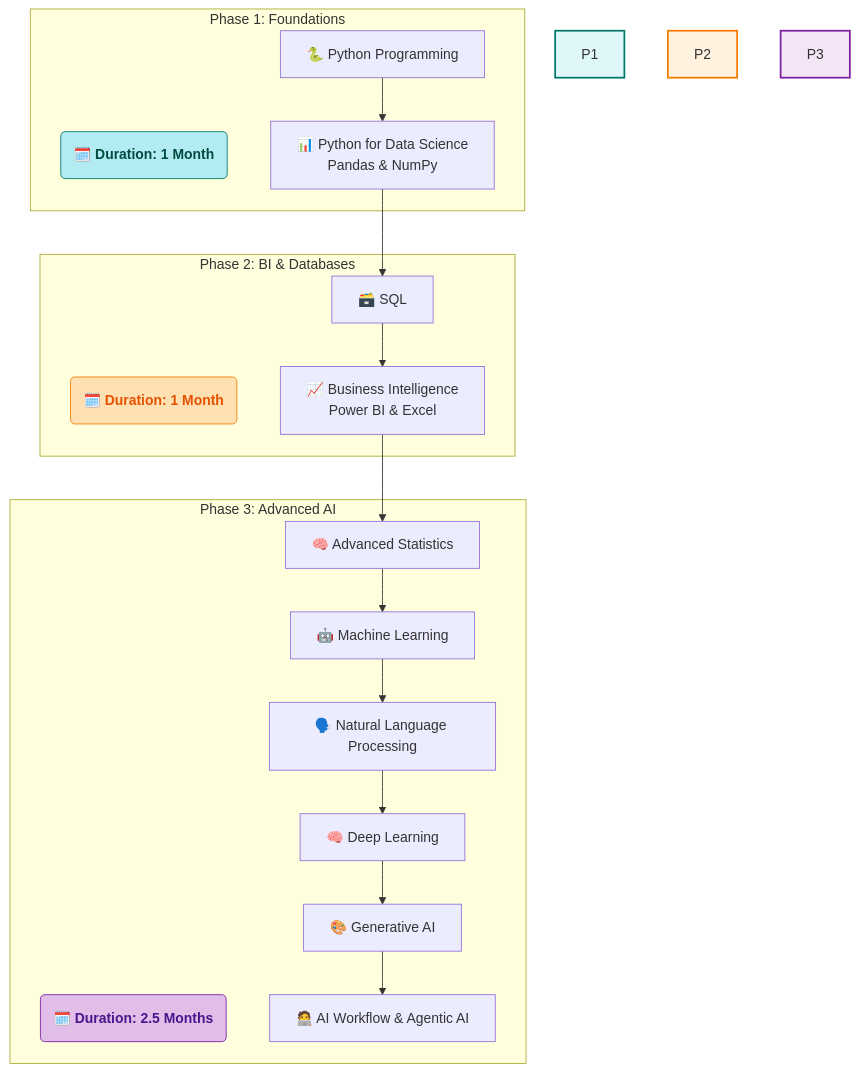
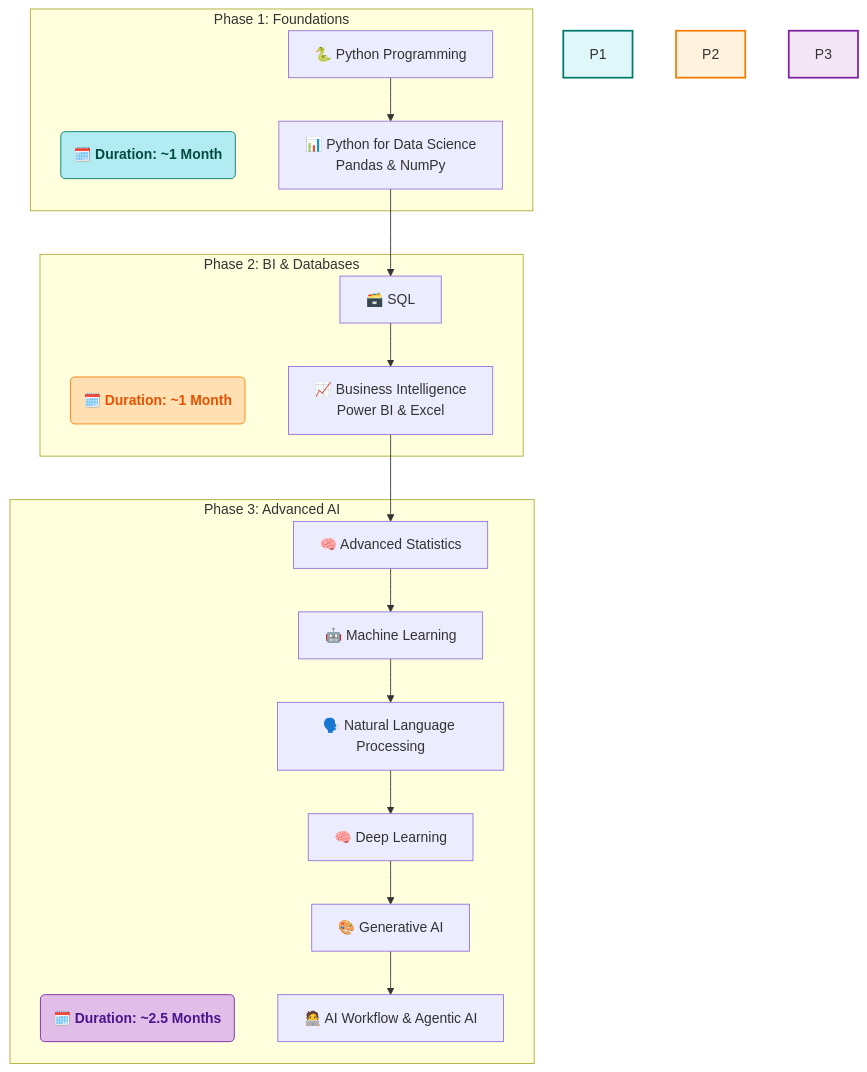
The diagram in README.md (riyann00b/SDHub-DS), drawn with Mermaid before and after one commit. The commit also changed other lines of this file, not shown here.

````diff
--- a/README.md
+++ b/README.md
@@ -43,30 +53,30 @@
 ```mermaid
 graph TD
     subgraph "Phase 1: Foundations"
         style P1 fill:#e0f7fa,stroke:#00796b,stroke-width:2px
-        P1_duration("🗓️ <b>Duration: 1 Month</b>")
+        P1_duration("🗓️ <b>Duration: ~1 Month</b>")
         style P1_duration fill:#b2ebf2,stroke:#00796b,color:#004d40
         A[🐍 Python Programming] --> B[📊 Python for Data Science <br> Pandas & NumPy];
     end
 
     subgraph "Phase 2: BI & Databases"
         style P2 fill:#fff3e0,stroke:#f57c00,stroke-width:2px
-        P2_duration("🗓️ <b>Duration: 1 Month</b>")
+        P2_duration("🗓️ <b>Duration: ~1 Month</b>")
         style P2_duration fill:#ffe0b2,stroke:#f57c00,color:#e65100
         C[🗃️ SQL] --> D[📈 Business Intelligence <br> Power BI & Excel];
     end
 
     subgraph "Phase 3: Advanced AI"
         style P3 fill:#f3e5f5,stroke:#7b1fa2,stroke-width:2px
-        P3_duration("🗓️ <b>Duration: 2.5 Months</b>")
+        P3_duration("🗓️ <b>Duration: ~2.5 Months</b>")
         style P3_duration fill:#e1bee7,stroke:#7b1fa2,color:#4a148c
         E[🧠 Advanced Statistics] --> F[🤖 Machine Learning];
         F --> G[🗣️ Natural Language Processing];
         G --> H[🧠 Deep Learning];
         H --> I[🎨 Generative AI];
         I --> J[🧑‍💻 AI Workflow & Agentic AI];
     end
 
     B --> C;
     D --> E;
 ```
````
